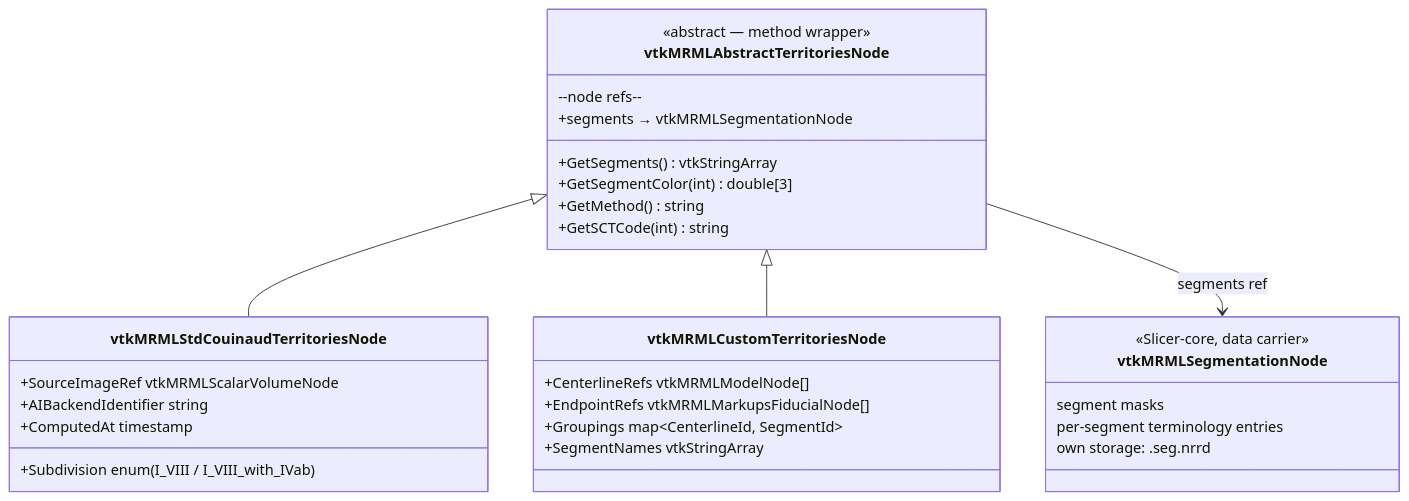
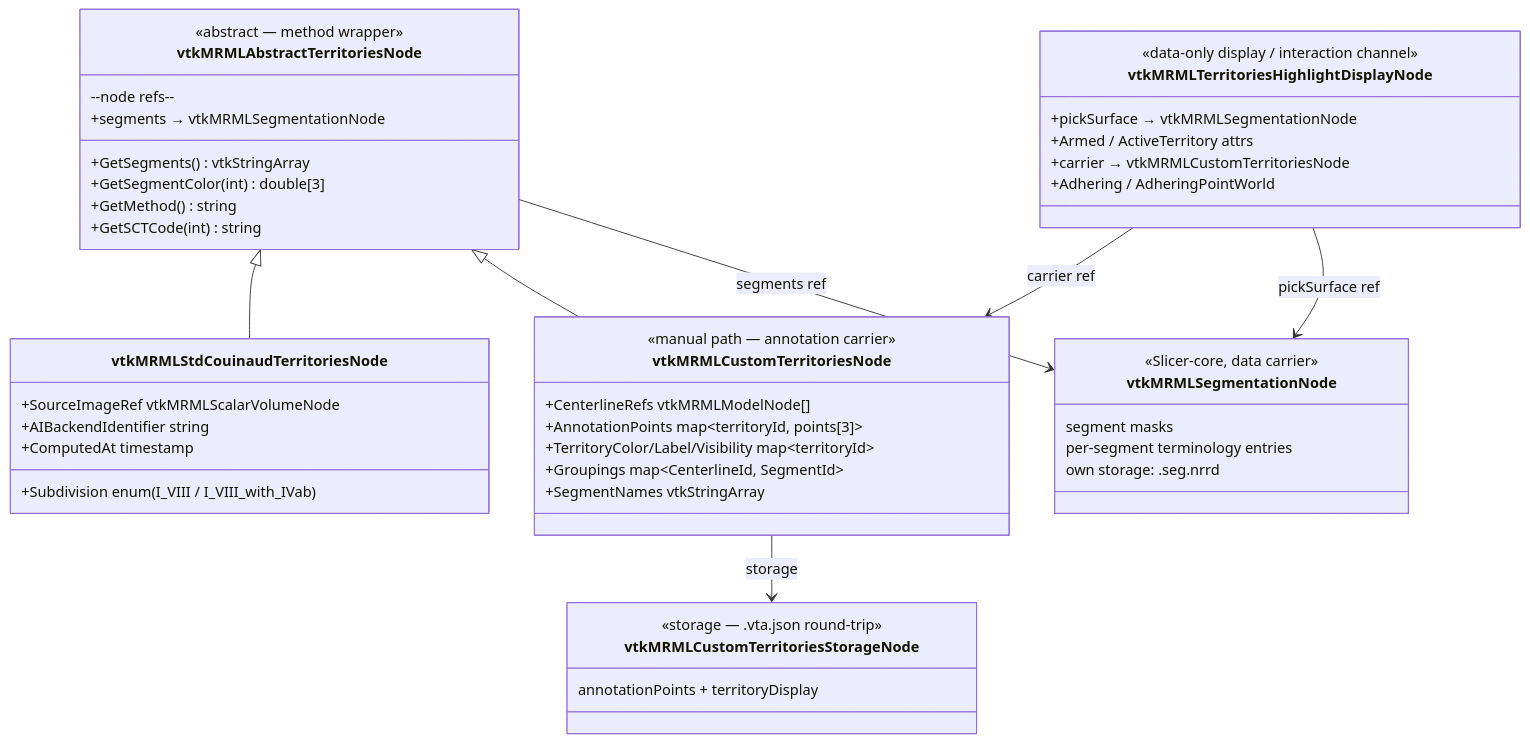
The diagram in Docs/architecture/territories-class-hierarchy.md (ALive-research/Slicer-Liver), drawn with Mermaid before and after one commit. The commit also changed other lines of this file and 1 other file, not shown here.

Commit message:
DOC: Sync territories diagram + storage schema to the off-markups carrier
- `territories-class-hierarchy.md` still showed the retired `EndpointRefs
  vtkMRMLMarkupsFiducialNode[]` slot; ADR-0037 promised the diagram would be
  extended with the annotation carrier.  Replace it with the `AnnotationPoints`
  carrier + per-territory display slot, and add the storage node, the
  data-only highlight display node (interaction channel), and the LayerDM
  placement/slice pipelines.
- The storage-node schema docstring showed points as bare `[x, y, z]`
  arrays; the writer emits `{ "xyz": [x, y, z] }` objects.  Align the example.

````diff
--- a/Docs/architecture/territories-class-hierarchy.md
+++ b/Docs/architecture/territories-class-hierarchy.md
@@ -16,39 +16,57 @@
 ```mermaid
 classDiagram
     direction TB
 
     class vtkMRMLSegmentationNode {
         <<Slicer-core, data carrier>>
         segment masks
         per-segment terminology entries
         own storage: .seg.nrrd
     }
 
     class vtkMRMLAbstractTerritoriesNode {
         <<abstract — method wrapper>>
         +GetSegments() vtkStringArray
         +GetSegmentColor(int) double[3]
         +GetMethod() string
         +GetSCTCode(int) string
         --node refs--
         +segments → vtkMRMLSegmentationNode
     }
 
     class vtkMRMLStdCouinaudTerritoriesNode {
         +SourceImageRef vtkMRMLScalarVolumeNode
         +AIBackendIdentifier string
         +Subdivision enum (I_VIII / I_VIII_with_IVab)
         +ComputedAt timestamp
     }
 
     class vtkMRMLCustomTerritoriesNode {
+        <<manual path — annotation carrier>>
         +CenterlineRefs vtkMRMLModelNode[]
-        +EndpointRefs vtkMRMLMarkupsFiducialNode[]
+        +AnnotationPoints map~territoryId, points[3]~
+        +TerritoryColor/Label/Visibility map~territoryId~
         +Groupings map~CenterlineId, SegmentId~
         +SegmentNames vtkStringArray
+    }
+
+    class vtkMRMLCustomTerritoriesStorageNode {
+        <<storage — .vta.json round-trip>>
+        annotationPoints + territoryDisplay
+    }
+
+    class vtkMRMLTerritoriesHighlightDisplayNode {
+        <<data-only display / interaction channel>>
+        +pickSurface → vtkMRMLSegmentationNode
+        +Armed / ActiveTerritory attrs
+        +carrier → vtkMRMLCustomTerritoriesNode
+        +Adhering / AdheringPointWorld
     }
 
     vtkMRMLAbstractTerritoriesNode <|-- vtkMRMLStdCouinaudTerritoriesNode
     vtkMRMLAbstractTerritoriesNode <|-- vtkMRMLCustomTerritoriesNode
     vtkMRMLAbstractTerritoriesNode --> vtkMRMLSegmentationNode : segments ref
+    vtkMRMLCustomTerritoriesNode --> vtkMRMLCustomTerritoriesStorageNode : storage
+    vtkMRMLTerritoriesHighlightDisplayNode --> vtkMRMLCustomTerritoriesNode : carrier ref
+    vtkMRMLTerritoriesHighlightDisplayNode --> vtkMRMLSegmentationNode : pickSurface ref
 ```
````
